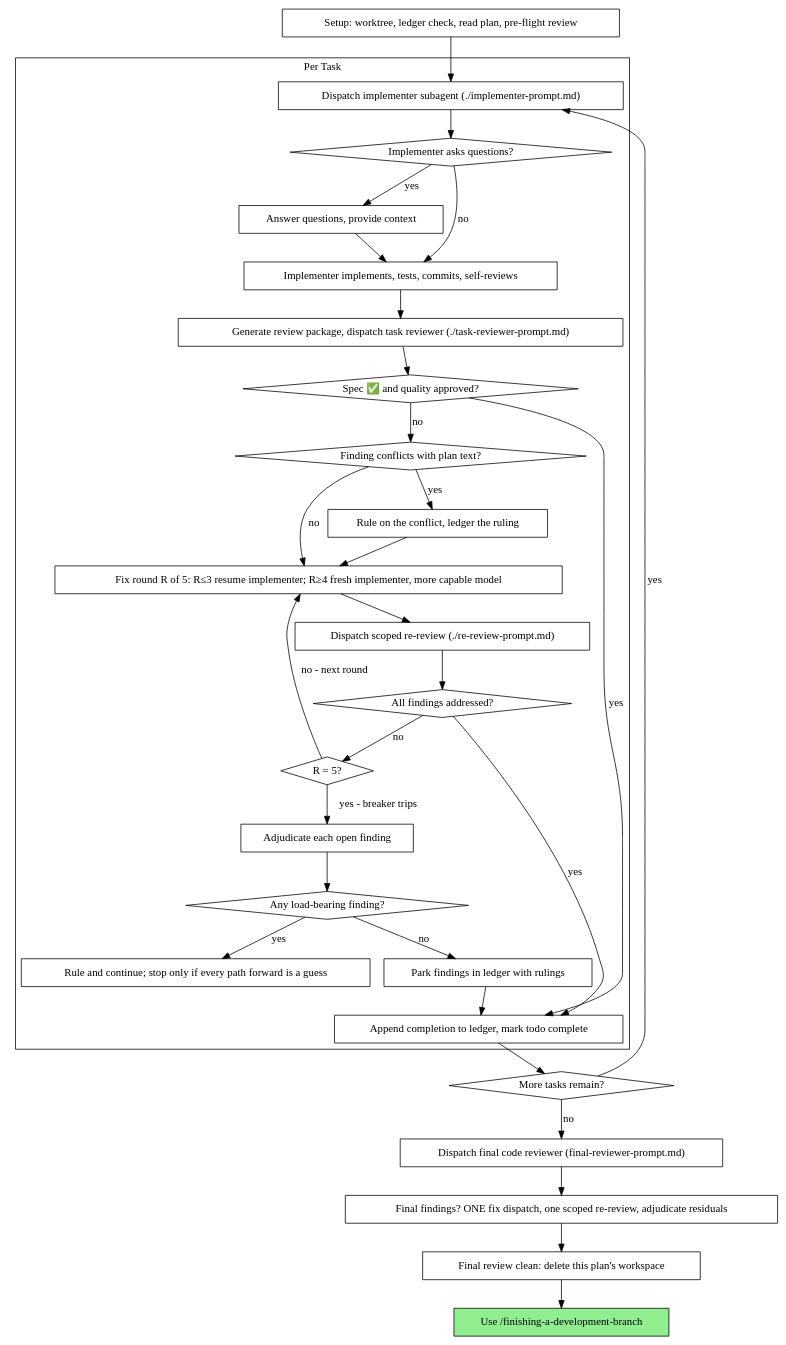
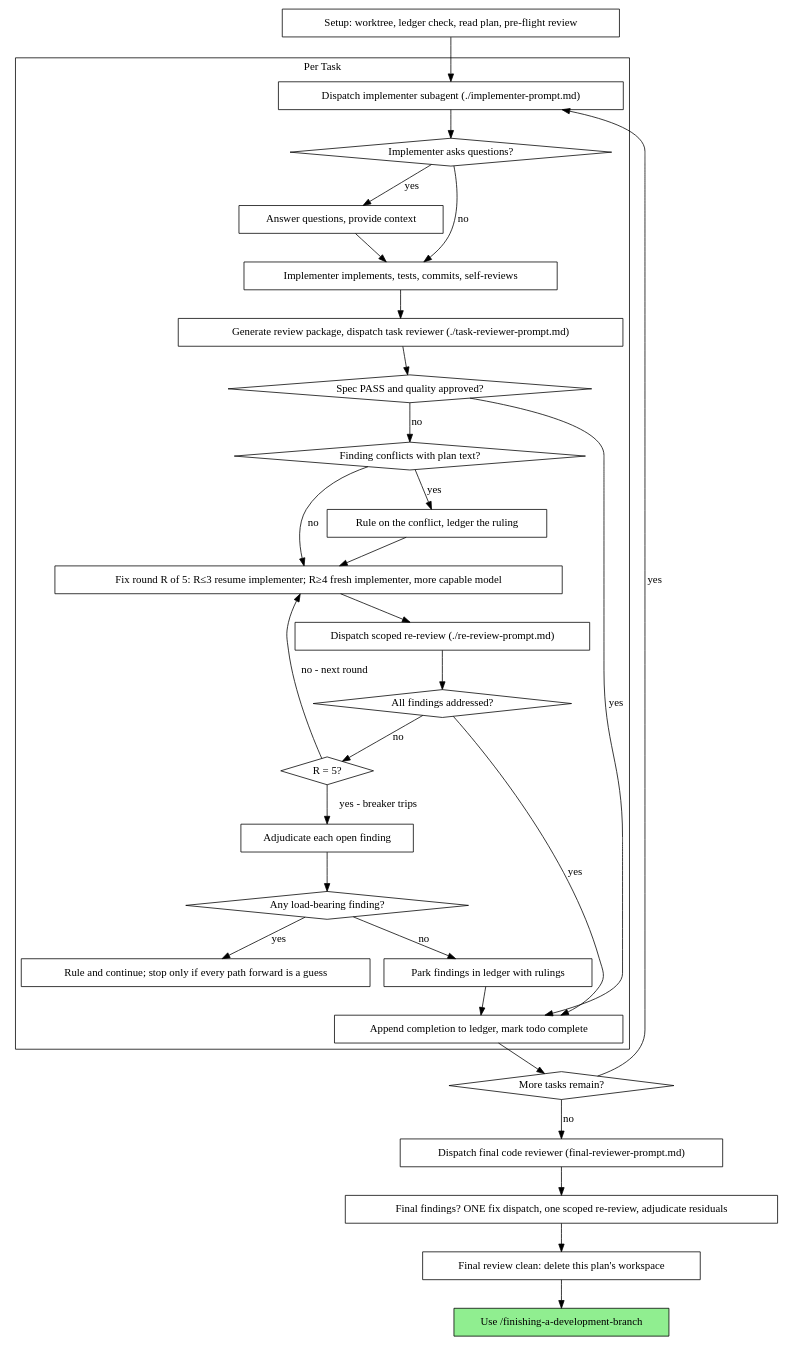
Before and after one commit to XiangSu-ce/dsh-plugin-freecodego: the second of 2 diagrams in plugin/packages/freecodego/harness-plugin/assets/engineering/skills-superpowers/subagent-driven-development/SKILL.md, drawn with Graphviz. The commit also changed other lines of this file and 505 other files, not shown here.

````diff
--- a/plugin/packages/freecodego/harness-plugin/assets/engineering/skills-superpowers/subagent-driven-development/SKILL.md
+++ b/plugin/packages/freecodego/harness-plugin/assets/engineering/skills-superpowers/subagent-driven-development/SKILL.md
@@ -61,62 +61,62 @@
 ```dot
 digraph process {
     rankdir=TB;
 
     subgraph cluster_per_task {
         label="Per Task";
         "Dispatch implementer subagent (./implementer-prompt.md)" [shape=box];
         "Implementer asks questions?" [shape=diamond];
         "Answer questions, provide context" [shape=box];
         "Implementer implements, tests, commits, self-reviews" [shape=box];
         "Generate review package, dispatch task reviewer (./task-reviewer-prompt.md)" [shape=box];
-        "Spec ✅ and quality approved?" [shape=diamond];
+        "Spec PASS and quality approved?" [shape=diamond];
         "Finding conflicts with plan text?" [shape=diamond];
         "Rule on the conflict, ledger the ruling" [shape=box];
         "Fix round R of 5: R≤3 resume implementer; R≥4 fresh implementer, more capable model" [shape=box];
         "Dispatch scoped re-review (./re-review-prompt.md)" [shape=box];
         "All findings addressed?" [shape=diamond];
         "R = 5?" [shape=diamond];
         "Adjudicate each open finding" [shape=box];
         "Any load-bearing finding?" [shape=diamond];
         "Rule and continue; stop only if every path forward is a guess" [shape=box];
         "Park findings in ledger with rulings" [shape=box];
         "Append completion to ledger, mark todo complete" [shape=box];
     }
 
     "Setup: worktree, ledger check, read plan, pre-flight review" [shape=box];
     "More tasks remain?" [shape=diamond];
     "Dispatch final code reviewer (final-reviewer-prompt.md)" [shape=box];
     "Final findings? ONE fix dispatch, one scoped re-review, adjudicate residuals" [shape=box];
     "Final review clean: delete this plan's workspace" [shape=box];
     "Use /finishing-a-development-branch" [shape=box style=filled fillcolor=lightgreen];
 
     "Setup: worktree, ledger check, read plan, pre-flight review" -> "Dispatch implementer subagent (./implementer-prompt.md)";
     "Dispatch implementer subagent (./implementer-prompt.md)" -> "Implementer asks questions?";
     "Implementer asks questions?" -> "Answer questions, provide context" [label="yes"];
     "Answer questions, provide context" -> "Implementer implements, tests, commits, self-reviews";
     "Implementer asks questions?" -> "Implementer implements, tests, commits, self-reviews" [label="no"];
     "Implementer implements, tests, commits, self-reviews" -> "Generate review package, dispatch task reviewer (./task-reviewer-prompt.md)";
-    "Generate review package, dispatch task reviewer (./task-reviewer-prompt.md)" -> "Spec ✅ and quality approved?";
-    "Spec ✅ and quality approved?" -> "Append completion to ledger, mark todo complete" [label="yes"];
-    "Spec ✅ and quality approved?" -> "Finding conflicts with plan text?" [label="no"];
+    "Generate review package, dispatch task reviewer (./task-reviewer-prompt.md)" -> "Spec PASS and quality approved?";
+    "Spec PASS and quality approved?" -> "Append completion to ledger, mark todo complete" [label="yes"];
+    "Spec PASS and quality approved?" -> "Finding conflicts with plan text?" [label="no"];
     "Finding conflicts with plan text?" -> "Rule on the conflict, ledger the ruling" [label="yes"];
     "Rule on the conflict, ledger the ruling" -> "Fix round R of 5: R≤3 resume implementer; R≥4 fresh implementer, more capable model";
     "Finding conflicts with plan text?" -> "Fix round R of 5: R≤3 resume implementer; R≥4 fresh implementer, more capable model" [label="no"];
     "Fix round R of 5: R≤3 resume implementer; R≥4 fresh implementer, more capable model" -> "Dispatch scoped re-review (./re-review-prompt.md)";
     "Dispatch scoped re-review (./re-review-prompt.md)" -> "All findings addressed?";
     "All findings addressed?" -> "Append completion to ledger, mark todo complete" [label="yes"];
     "All findings addressed?" -> "R = 5?" [label="no"];
     "R = 5?" -> "Fix round R of 5: R≤3 resume implementer; R≥4 fresh implementer, more capable model" [label="no - next round"];
     "R = 5?" -> "Adjudicate each open finding" [label="yes - breaker trips"];
     "Adjudicate each open finding" -> "Any load-bearing finding?";
     "Any load-bearing finding?" -> "Rule and continue; stop only if every path forward is a guess" [label="yes"];
     "Any load-bearing finding?" -> "Park findings in ledger with rulings" [label="no"];
     "Park findings in ledger with rulings" -> "Append completion to ledger, mark todo complete";
     "Append completion to ledger, mark todo complete" -> "More tasks remain?";
     "More tasks remain?" -> "Dispatch implementer subagent (./implementer-prompt.md)" [label="yes"];
     "More tasks remain?" -> "Dispatch final code reviewer (final-reviewer-prompt.md)" [label="no"];
     "Dispatch final code reviewer (final-reviewer-prompt.md)" -> "Final findings? ONE fix dispatch, one scoped re-review, adjudicate residuals";
     "Final findings? ONE fix dispatch, one scoped re-review, adjudicate residuals" -> "Final review clean: delete this plan's workspace";
     "Final review clean: delete this plan's workspace" -> "Use /finishing-a-development-branch";
 }
 ```
````
